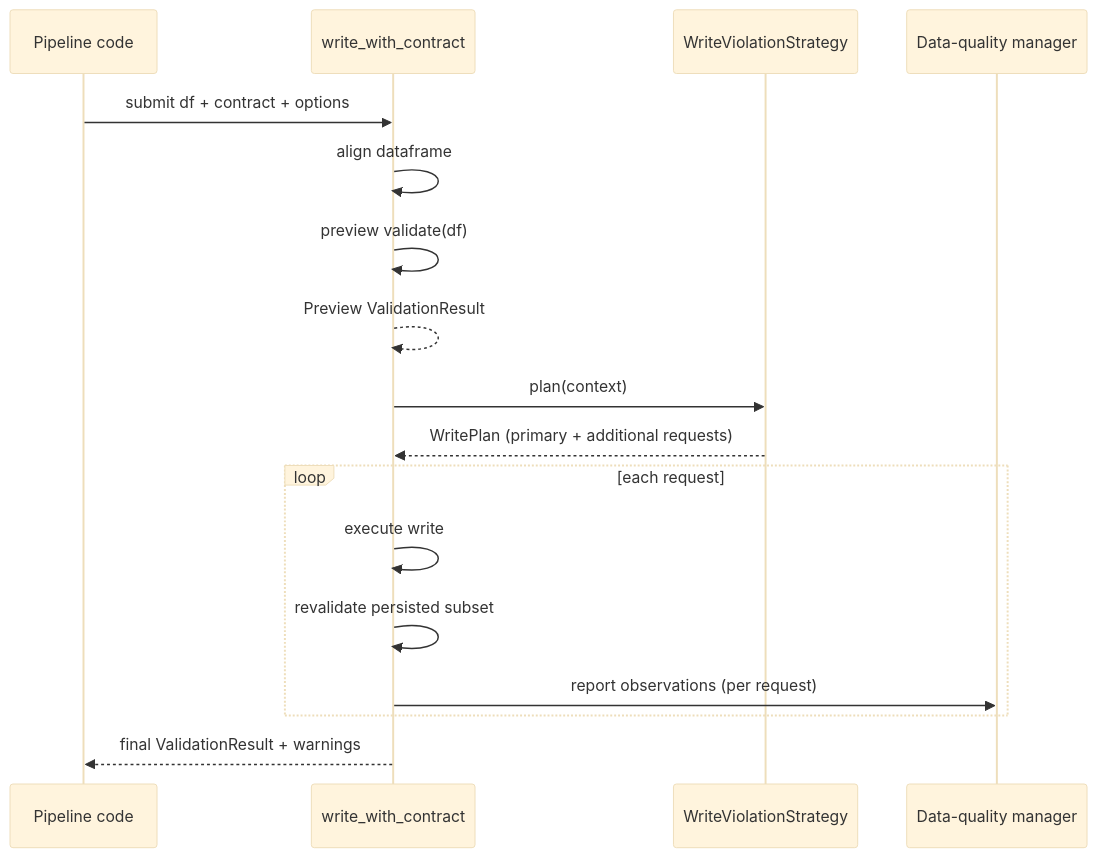
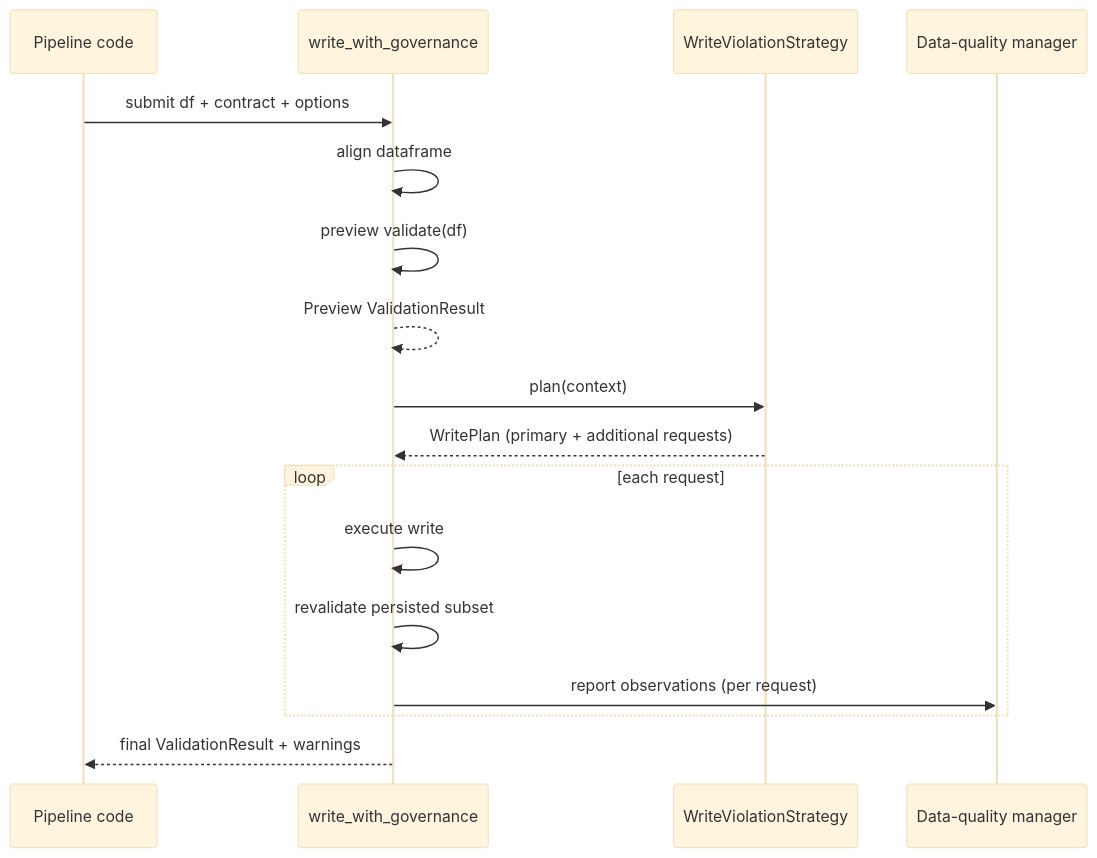
Before and after one commit to NextLab-SRL/dc43: the diagram in docs/component-write-violation-strategies.md, drawn with Mermaid (base theme). The commit also changed other lines of this file and 13 other files, not shown here.

````diff
--- a/docs/component-write-violation-strategies.md
+++ b/docs/component-write-violation-strategies.md
@@ -35,20 +35,20 @@
 ```mermaid
 sequenceDiagram
     participant Pipeline as Pipeline code
-    participant Adapter as write_with_contract
+    participant Adapter as write_with_governance
     participant Strategy as WriteViolationStrategy
     participant DQ as Data-quality manager
 
     Pipeline->>Adapter: submit df + contract + options
     Adapter->>Adapter: align dataframe
     Adapter->>Adapter: preview validate(df)
     Adapter-->>Adapter: Preview ValidationResult
     Adapter->>Strategy: plan(context)
     Strategy-->>Adapter: WritePlan (primary + additional requests)
     loop each request
         Adapter->>Adapter: execute write
         Adapter->>Adapter: revalidate persisted subset
         Adapter->>DQ: report observations (per request)
     end
     Adapter-->>Pipeline: final ValidationResult + warnings
 ```
````
